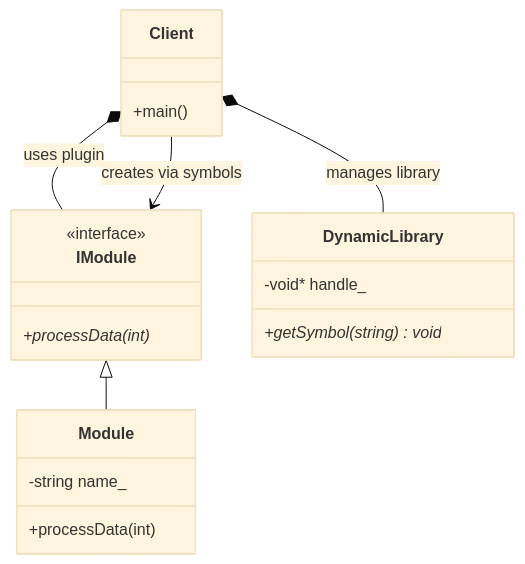
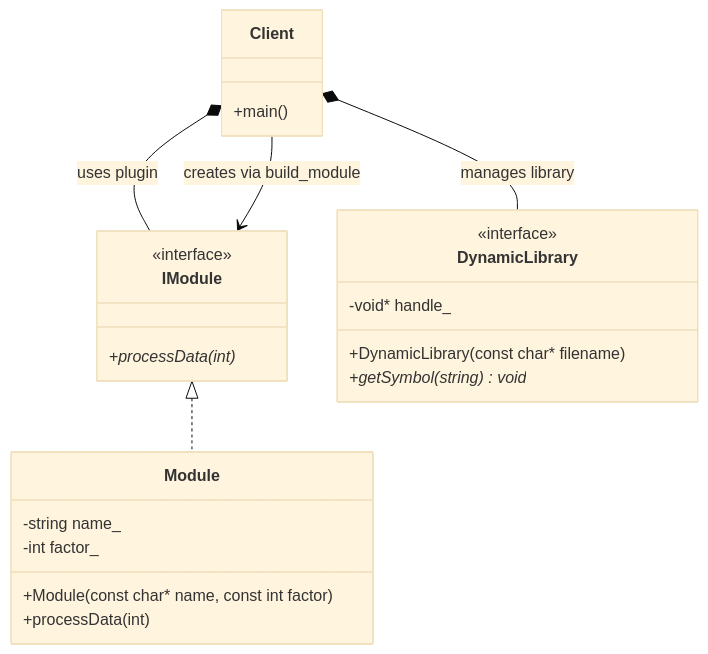
The diagram in 17_ModuleLoader/README.md (Cichlidfishexigency721/Modern-CPP-Design-Patterns), drawn with Mermaid (base theme) before and after one commit. The commit also changed other lines of this file and 5 other files, not shown here.

Commit message:
UML improvement

````diff
--- a/17_ModuleLoader/README.md
+++ b/17_ModuleLoader/README.md
@@ -105,33 +113,37 @@
 ```mermaid
 classDiagram
+   class Client {
+      +main()
+   }
+
    class IModule {
       <<interface>>
       +processData(int)*
    }
 
    class Module {
       -string name_
+      -int factor_
+      +Module(const char* name, const int factor)
       +processData(int)
    }
 
    class DynamicLibrary {
+      <<interface>>
       -void* handle_
+      +DynamicLibrary(const char* filename)
       +getSymbol(string) void*
    }
 
-   class Client {
-      +main()
-   }
-
-   %% Inheritance (Is_a)
-   IModule <|-- Module
+   %% Inheritance (Implements)
+   IModule <|.. Module
 
    %% The Client owns the RAII wrapper for the library
    Client *-- DynamicLibrary : manages library
 
    %% The Client owns the module instance via unique_ptr
    Client *-- IModule : uses plugin
 
    %% The Client depends on the factory functions exported by the .so
-   Client --> IModule : creates via symbols
+   Client --> IModule : creates via build_module
 ```
````
